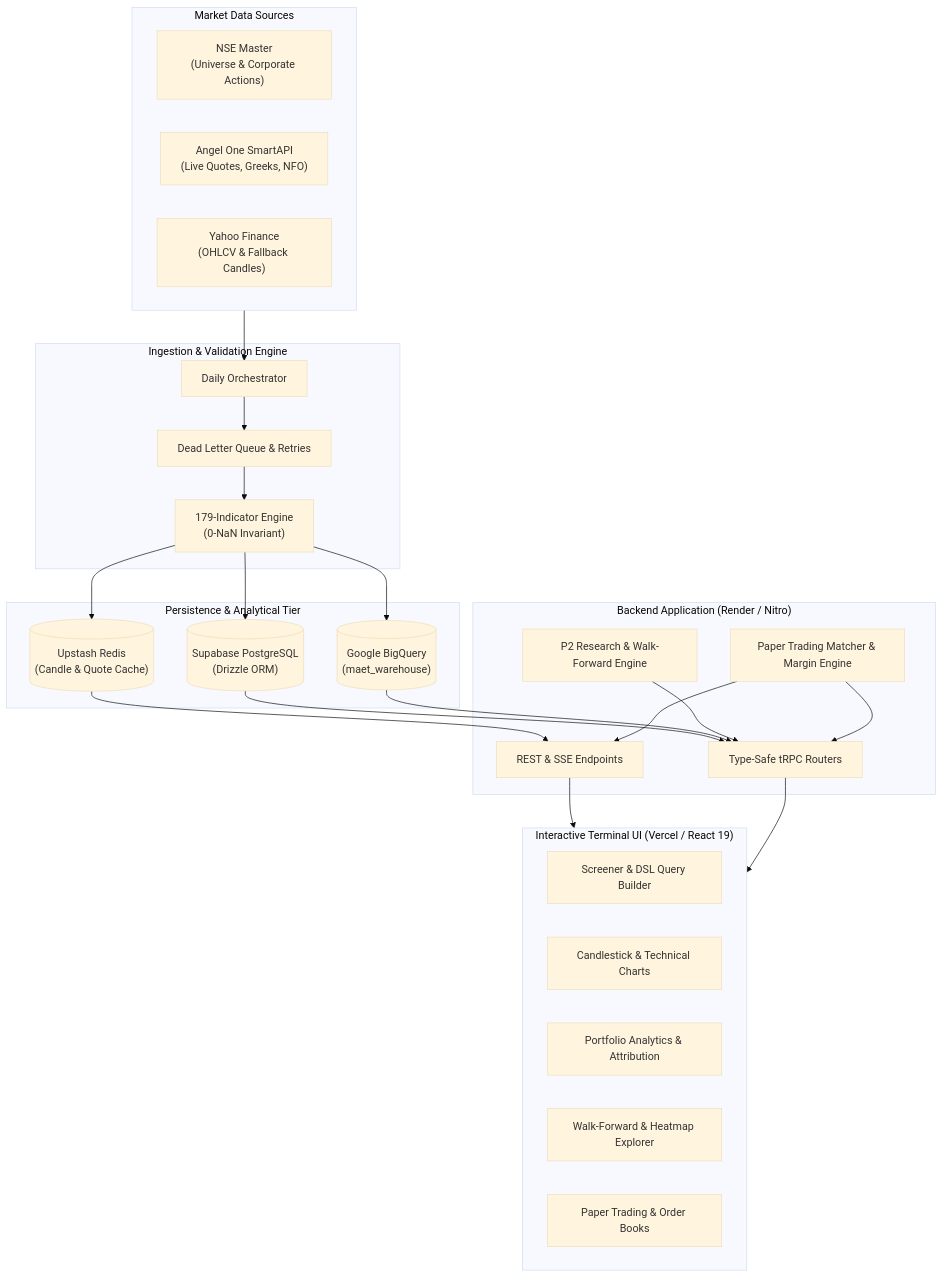
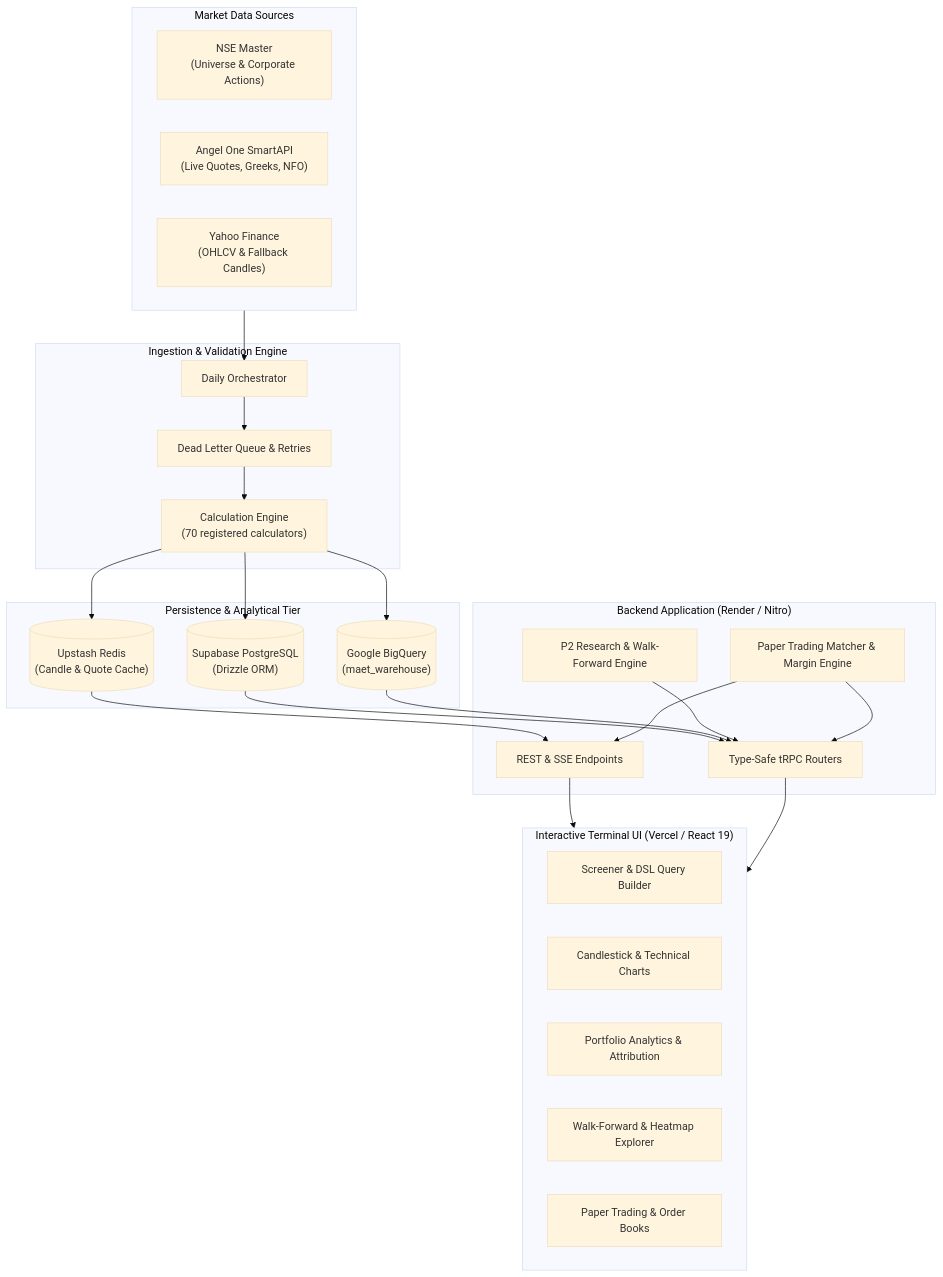
One commit to tanmay-alpha/MAET changed the diagram in README.md. Above: the diagram before and after it, drawn with Mermaid (base theme). The commit also changed other lines of this file and 4 other files, not shown here.

````diff
--- a/README.md
+++ b/README.md
@@ -25,52 +25,52 @@
 ```mermaid
 flowchart TB
     subgraph Providers["Market Data Sources"]
         NSE["NSE Master\n(Universe & Corporate Actions)"]
         Angel["Angel One SmartAPI\n(Live Quotes, Greeks, NFO)"]
         Yahoo["Yahoo Finance\n(OHLCV & Fallback Candles)"]
     end
 
     subgraph Ingestion["Ingestion & Validation Engine"]
         Orchestrator["Daily Orchestrator"]
         DLQ["Dead Letter Queue & Retries"]
-        CalcEngine["179-Indicator Engine\n(0-NaN Invariant)"]
+        CalcEngine["Calculation Engine\n(70 registered calculators)"]
     end
 
     subgraph Storage["Persistence & Analytical Tier"]
         DB[("Supabase PostgreSQL\n(Drizzle ORM)")]
         BQ[("Google BigQuery\n(maet_warehouse)")]
         Redis[("Upstash Redis\n(Candle & Quote Cache)")]
     end
 
     subgraph Backend["Backend Application (Render / Nitro)"]
         API["REST & SSE Endpoints"]
         TRPC["Type-Safe tRPC Routers"]
         Research["P2 Research & Walk-Forward Engine"]
         Paper["Paper Trading Matcher & Margin Engine"]
     end
 
     subgraph Frontend["Interactive Terminal UI (Vercel / React 19)"]
         ScreenerUI["Screener & DSL Query Builder"]
         ChartUI["Candlestick & Technical Charts"]
         PortfolioUI["Portfolio Analytics & Attribution"]
         WFOUI["Walk-Forward & Heatmap Explorer"]
         TradingUI["Paper Trading & Order Books"]
     end
 
     Providers --> Orchestrator
     Orchestrator --> DLQ
     DLQ --> CalcEngine
     CalcEngine --> DB
     CalcEngine --> BQ
     CalcEngine --> Redis
 
     DB --> TRPC
     BQ --> TRPC
     Redis --> API
     Research --> TRPC
     Paper --> API
     Paper --> TRPC
 
     API --> Frontend
     TRPC --> Frontend
 ```
````
